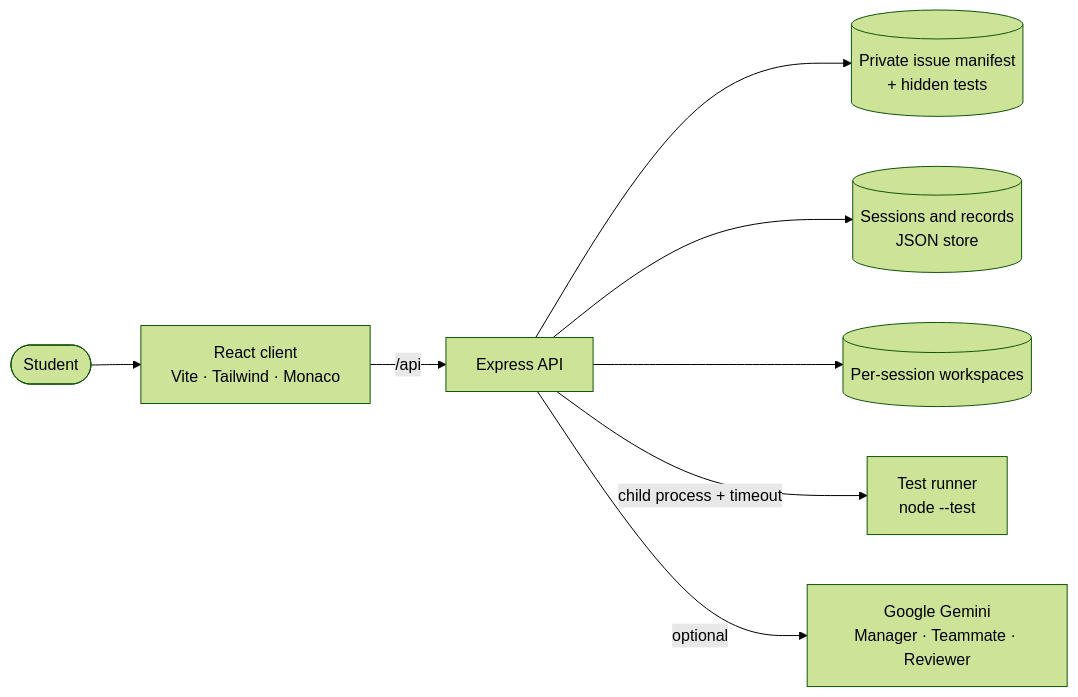
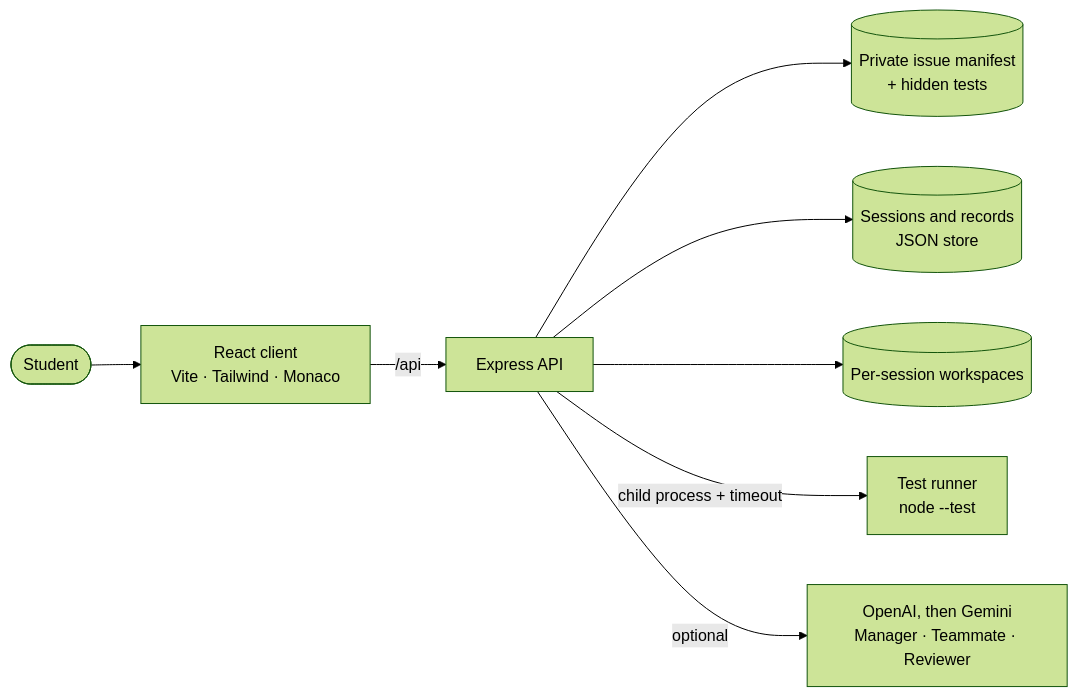
One commit to SyedSyedain/OnWard changed the diagram in README.md. Above: the diagram before and after it, drawn with Mermaid (forest theme). The commit also changed other lines of this file and 24 other files, not shown here.

````diff
--- a/README.md
+++ b/README.md
@@ -52,10 +52,10 @@
 ```mermaid
 flowchart LR
     Student([Student]) --> Client[React client<br/>Vite · Tailwind · Monaco]
     Client -->|/api| Server[Express API]
     Server --> Catalog[(Private issue manifest<br/>+ hidden tests)]
     Server --> Store[(Sessions and records<br/>JSON store)]
     Server --> Workspaces[(Per-session workspaces)]
     Server -->|child process + timeout| Runner[Test runner<br/>node --test]
-    Server -->|optional| Gemini[Google Gemini<br/>Manager · Teammate · Reviewer]
+    Server -->|optional| AI[OpenAI, then Gemini<br/>Manager · Teammate · Reviewer]
 ```
````
